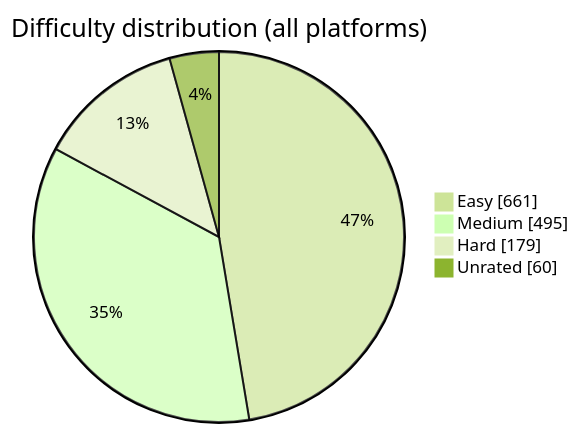
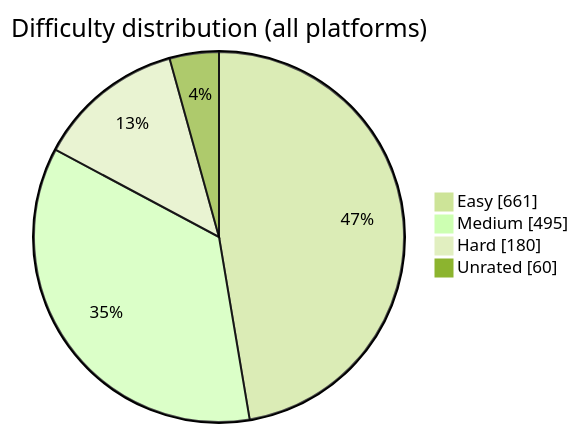
One commit to BuildbyArindam/Daily-Coding-Log changed the diagram in README.md. Above: the diagram before and after it, drawn with Mermaid (forest theme). The commit also changed other lines of this file, not shown here.

````diff
--- a/README.md
+++ b/README.md
@@ -93,7 +93,7 @@
 ```mermaid
 pie showData title Difficulty distribution (all platforms)
     "Easy" : 661
     "Medium" : 495
-    "Hard" : 179
+    "Hard" : 180
     "Unrated" : 60
 ```
````
